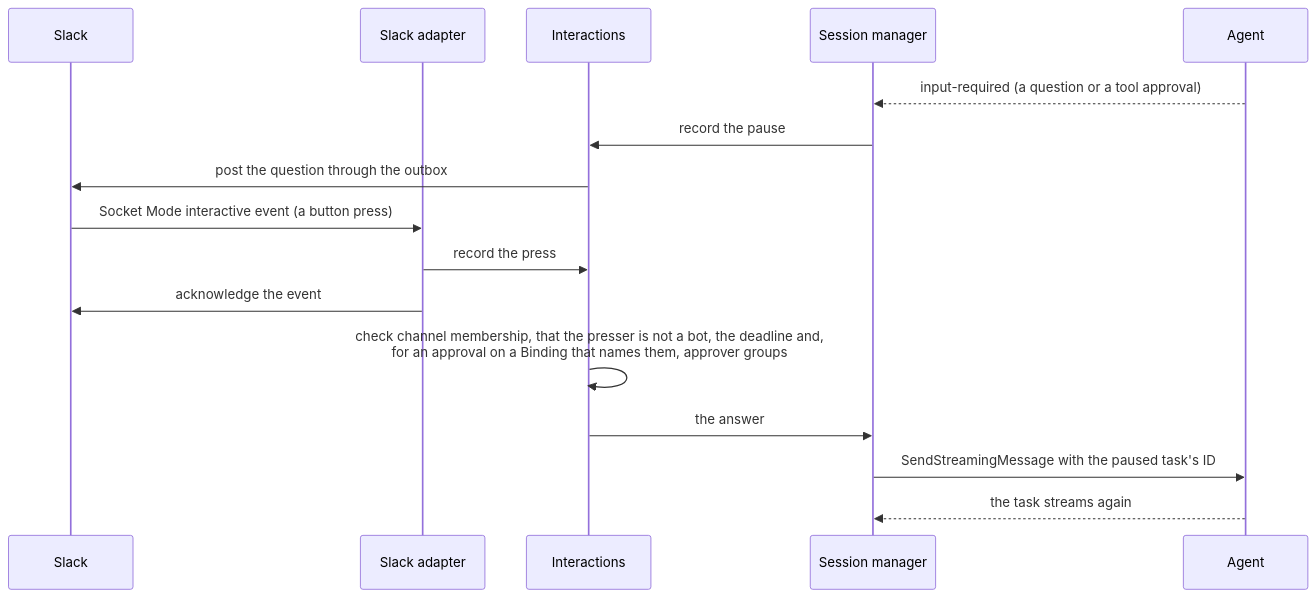
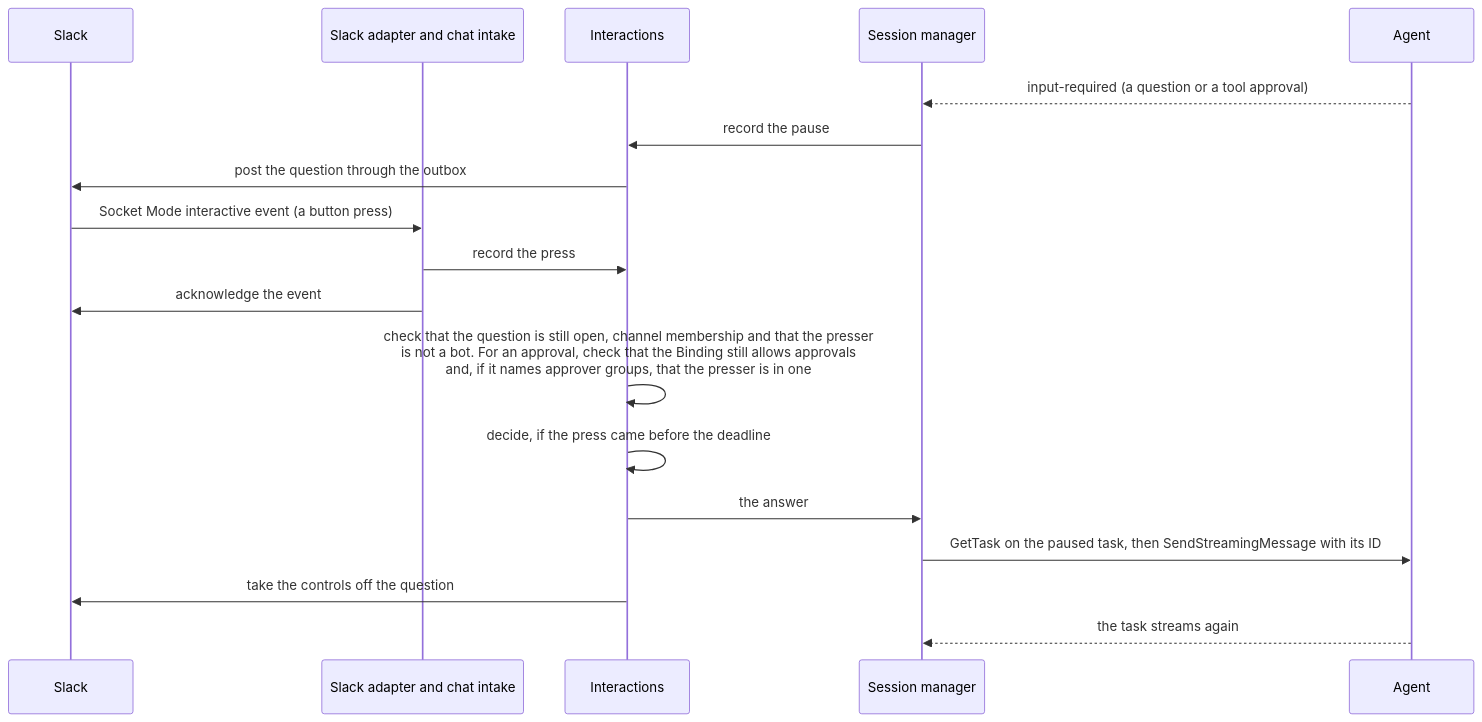
Before and after one commit to agentkourier/agent-kourier: the fifth of 5 diagrams in docs/explanation/architecture.md, drawn with Mermaid. The commit also changed other lines of this file, not shown here.

First line of the commit message:
docs(architecture): correct the sequence diagrams after review

````diff
--- a/docs/explanation/architecture.md
+++ b/docs/explanation/architecture.md
@@ -171,18 +171,20 @@
 ```mermaid
 sequenceDiagram
     participant S as Slack
-    participant A as Slack adapter
+    participant A as Slack adapter and chat intake
     participant I as Interactions
     participant M as Session manager
     participant G as Agent
     G-->>M: input-required (a question or a tool approval)
     M->>I: record the pause
     I->>S: post the question through the outbox
     S->>A: Socket Mode interactive event (a button press)
     A->>I: record the press
     A->>S: acknowledge the event
-    I->>I: check channel membership, that the presser is not a bot, the deadline and,<br/>for an approval on a Binding that names them, approver groups
+    I->>I: check that the question is still open, channel membership and that the presser<br/>is not a bot. For an approval, check that the Binding still allows approvals<br/>and, if it names approver groups, that the presser is in one
+    I->>I: decide, if the press came before the deadline
     I->>M: the answer
-    M->>G: SendStreamingMessage with the paused task's ID
+    M->>G: GetTask on the paused task, then SendStreamingMessage with its ID
+    I->>S: take the controls off the question
     G-->>M: the task streams again
 ```
````
